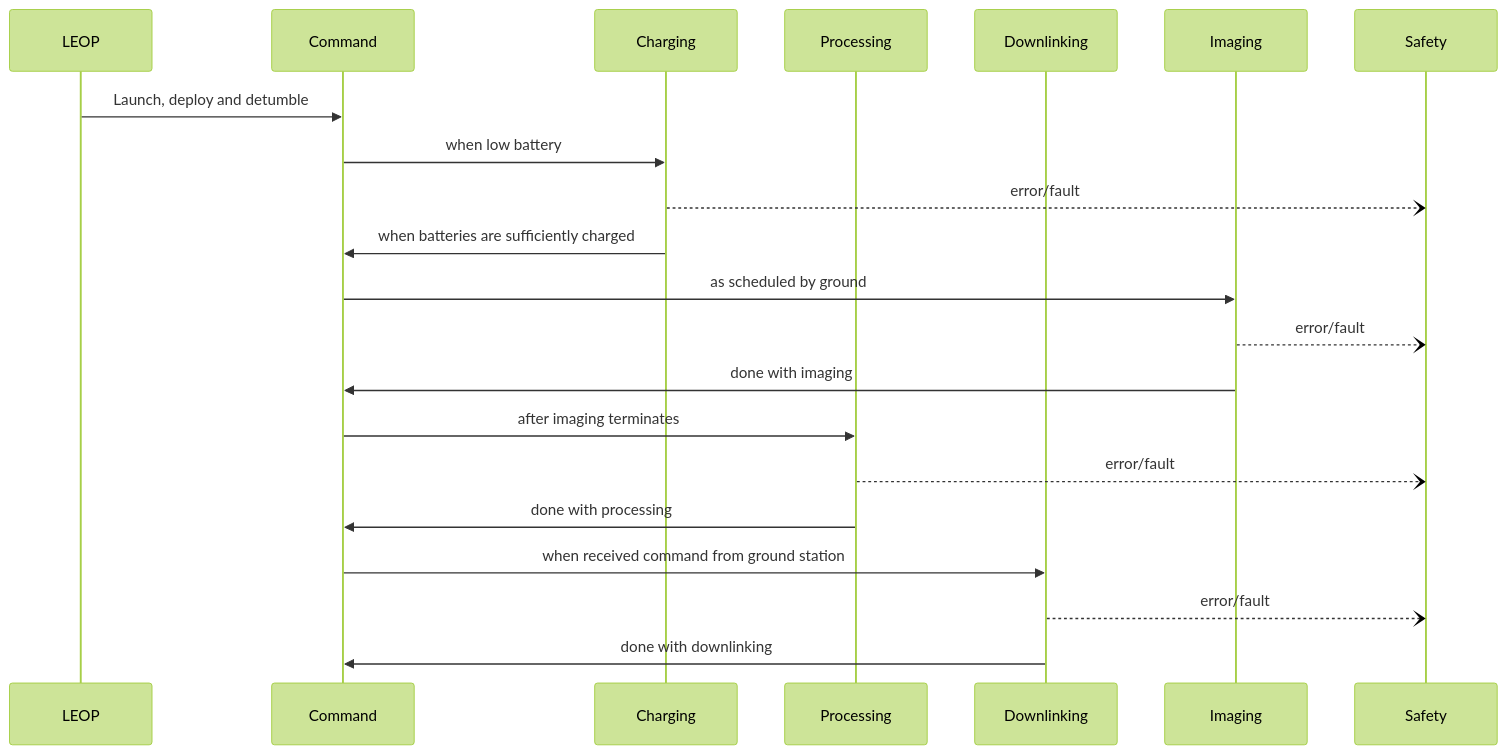
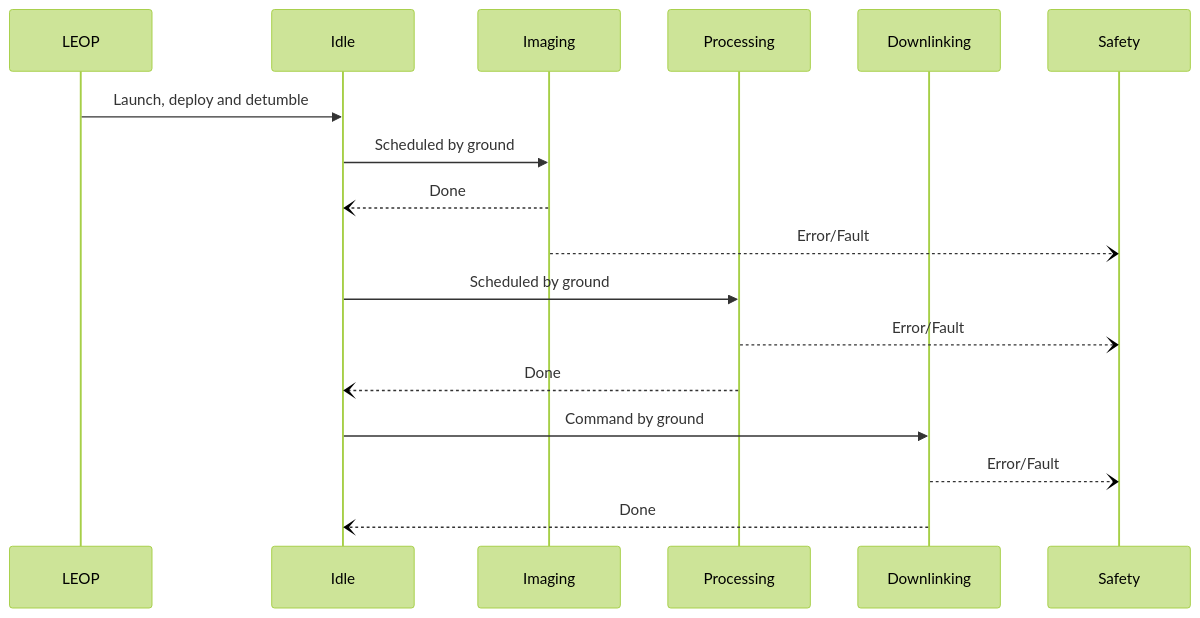
The diagram in concept of operations/mission-functional-flow-block-diagram.md (utat-ss/FINCH-sequence-diagrams), drawn with Mermaid (forest theme) before and after one commit.

````diff
--- a/concept of operations/mission-functional-flow-block-diagram.md
+++ b/concept of operations/mission-functional-flow-block-diagram.md
@@ -2,33 +2,27 @@
 ```mermaid
 sequenceDiagram
     participant LEOP
-    participant Command
-    participant Charging
+    participant Idle
+    participant Imaging
     participant Processing
     participant Downlinking
-    participant Imaging
     participant Safety
 
 
-    LEOP->>Command: Launch, deploy and detumble
+    LEOP->>Idle: Launch, deploy and detumble  
 
-    Command->>Charging: when low battery
-    Charging--)Safety: error/fault
-    Charging->>Command: when batteries are sufficiently charged
-  
-
-    Command->>Imaging: as scheduled by ground
-    Imaging--)Safety: error/fault
-    Imaging->>Command: done with imaging
+    Idle->>Imaging: Scheduled by ground
+    Imaging--)Idle: Done
+    Imaging--)Safety: Error/Fault
 
 
-    Command->>Processing: after imaging terminates
-    Processing--)Safety: error/fault
-    Processing->>Command: done with processing
+    Idle->>Processing: Scheduled by ground
+    Processing--)Safety: Error/Fault
+    Processing--)Idle: Done
     
     
-    Command->>Downlinking: when received command from ground station
-    Downlinking--)Safety: error/fault
-    Downlinking->>Command: done with downlinking
+    Idle->>Downlinking: Command by ground
+    Downlinking--)Safety: Error/Fault
+    Downlinking--)Idle: Done
 
 ```
````
